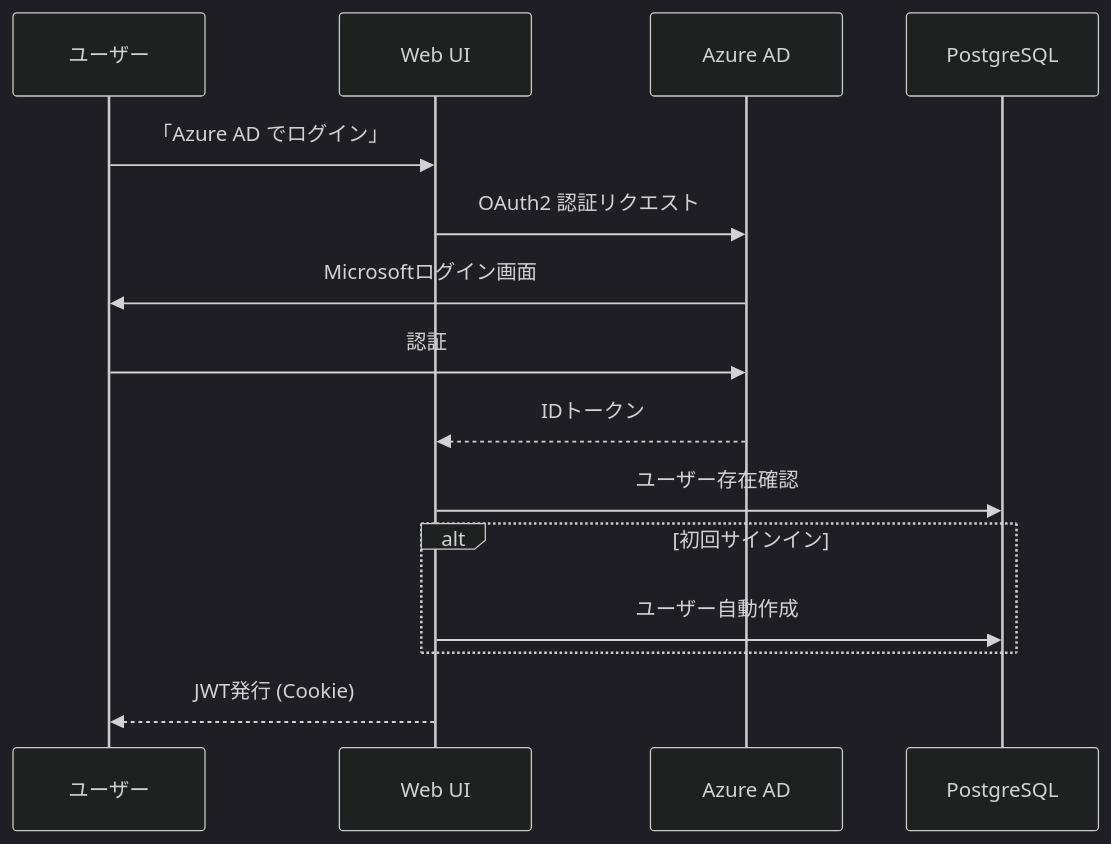
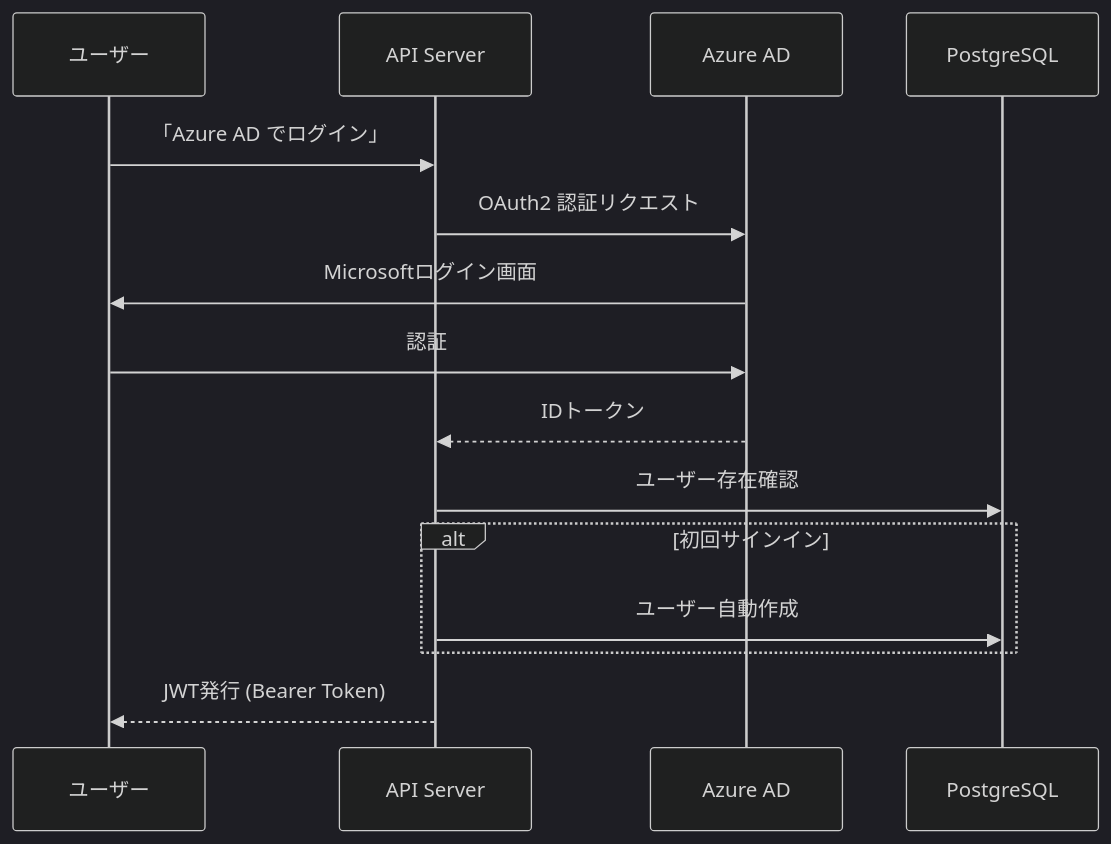
The fourth of 7 diagrams in docs/src/17_システム構成図.md (lmlight-app/dist_vite), drawn with Mermaid (dark theme) before and after one commit. The commit also changed other lines of this file and 41 other files, not shown here.

````diff
--- a/docs/src/17_システム構成図.md
+++ b/docs/src/17_システム構成図.md
@@ -142,18 +187,18 @@
 ```mermaid
 sequenceDiagram
     participant U as ユーザー
-    participant W as Web UI
+    participant API as API Server
     participant AZ as Azure AD
     participant DB as PostgreSQL
 
-    U->>W: 「Azure AD でログイン」
-    W->>AZ: OAuth2 認証リクエスト
+    U->>API: 「Azure AD でログイン」
+    API->>AZ: OAuth2 認証リクエスト
     AZ->>U: Microsoftログイン画面
     U->>AZ: 認証
-    AZ-->>W: IDトークン
-    W->>DB: ユーザー存在確認
+    AZ-->>API: IDトークン
+    API->>DB: ユーザー存在確認
     alt 初回サインイン
-        W->>DB: ユーザー自動作成
+        API->>DB: ユーザー自動作成
     end
-    W-->>U: JWT発行 (Cookie)
+    API-->>U: JWT発行 (Bearer Token)
 ```
````
